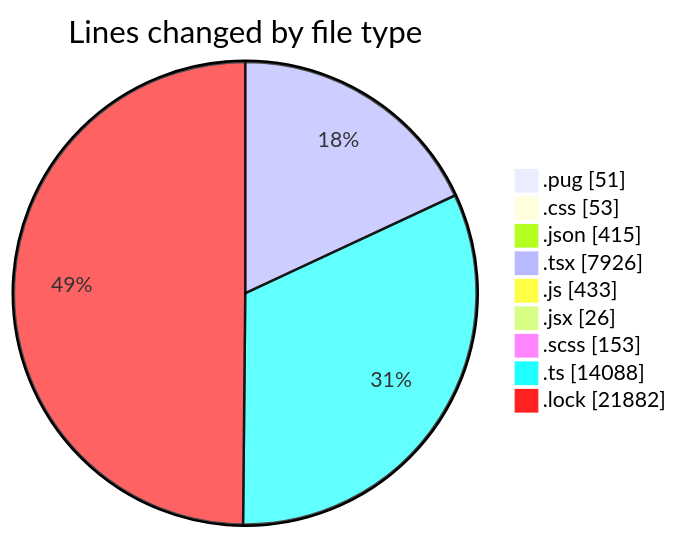
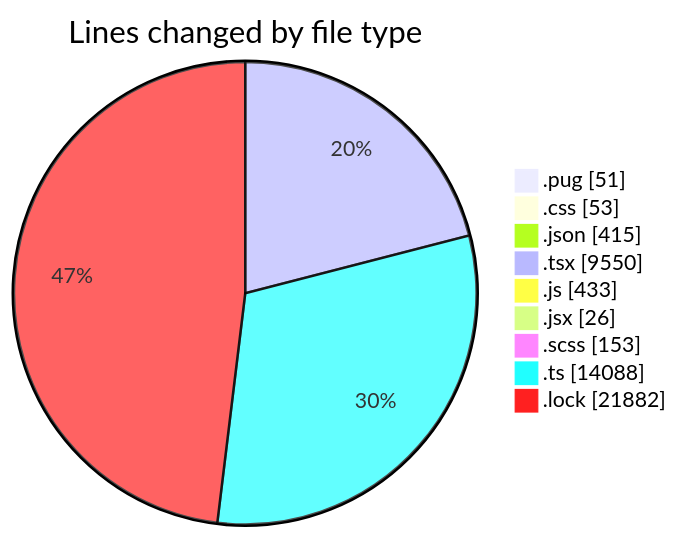
Before and after one commit to momahboobian/code-tracking: the first of 2 diagrams in 2025-11-06/cda/README.md, drawn with Mermaid. The commit also changed other lines of this file and 1 other file, not shown here.

````diff
--- a/2025-11-06/cda/README.md
+++ b/2025-11-06/cda/README.md
@@ -51,13 +51,13 @@
 ```mermaid
 pie showData
 title Lines changed by file type
 ".pug" : 51
 ".css" : 53
 ".json" : 415
-".tsx" : 7926
+".tsx" : 9550
 ".js" : 433
 ".jsx" : 26
 ".scss" : 153
 ".ts" : 14088
 ".lock" : 21882
 ```
````
